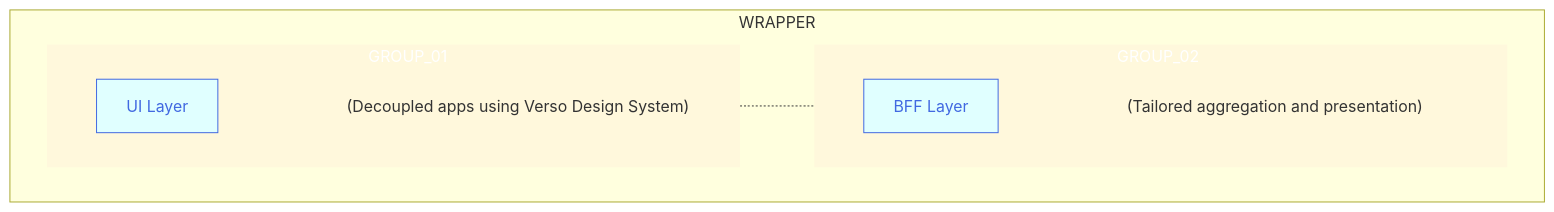
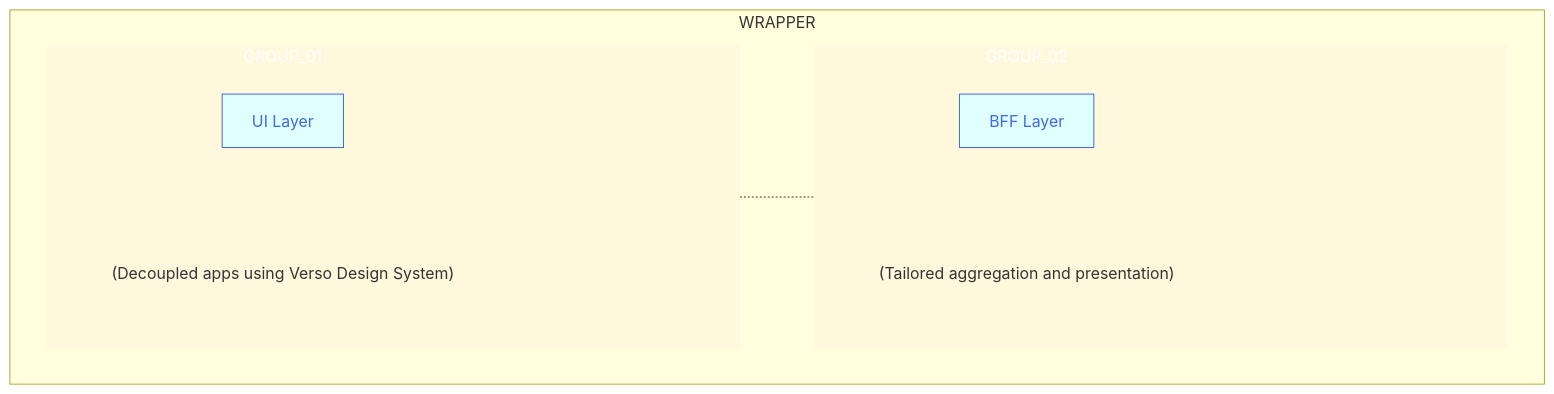
The diagram in buttons_mermaid_v5.md (joe-dorward/samples), drawn with Mermaid before and after one commit.

````diff
--- a/buttons_mermaid_v5.md
+++ b/buttons_mermaid_v5.md
@@ -3,44 +3,44 @@
 ```mermaid
   %%{
     init: {
       "flowchart": { "markdownAutoWrap":"false", "textWrap":"false", "textAlign":"left", "wrappingWidth": "100%" }
     }
   }%%
   flowchart TD
 
   classDef Button fill:lightcyan, stroke:royalblue, color:royalblue;
   classDef Note fill:transparent, stroke-width:0px
   %% ---------- ---------- ---------- ---------- ---------- ---------- ---------- ---------- ---------- ----------
 subgraph WRAPPER
   subgraph GROUP_01
-    direction LR
+    %%direction LR
 
     BUTTON_01_NOTE["(Decoupled apps using Verso Design System)"]:::Note
     BUTTON_01["UI Layer"]:::Button
     click BUTTON_01 "https://en.wikipedia.org/wiki/Main_Page" _blank
 
     BUTTON_01~~~
     BUTTON_01_NOTE
   end
   %% ---------- ---------- ---------- ---------- ---------- ---------- ---------- ---------- ---------- ----------
   subgraph GROUP_02
-    direction LR
+    %%direction LR
 
     BUTTON_02_NOTE["(Tailored aggregation and presentation)"]:::Note
     BUTTON_02["BFF Layer"]:::Button
     click BUTTON_02 "https://en.wikipedia.org/wiki/Main_Page" _blank
 
     BUTTON_02~~~
     BUTTON_02_NOTE
   end
 end
   %% ---------- ---------- ---------- ---------- ---------- ---------- ---------- ---------- ---------- ----------
 
 GROUP_01-.-GROUP_02
 
 %%BUTTON_01-->BUTTON_02
 
   style GROUP_01 fill:cornsilk, color:white, stroke-width:0px, width: 700px
   style GROUP_02 fill:cornsilk, color:white, stroke-width:0px, width: 700px
 
 ```
````
